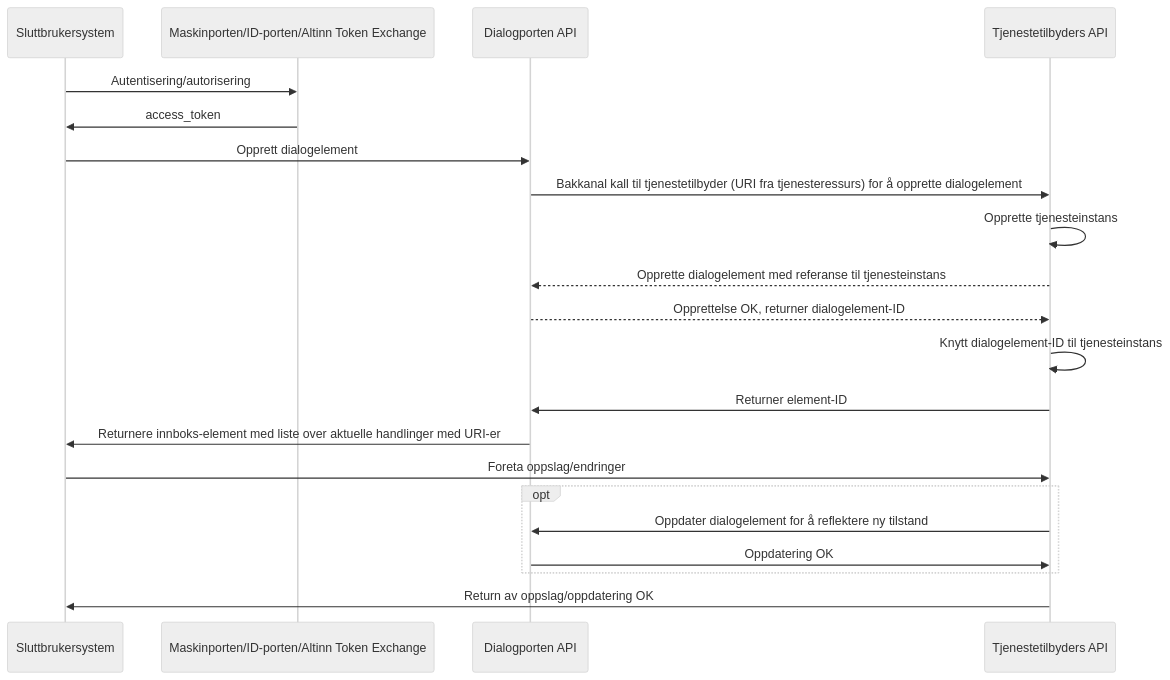
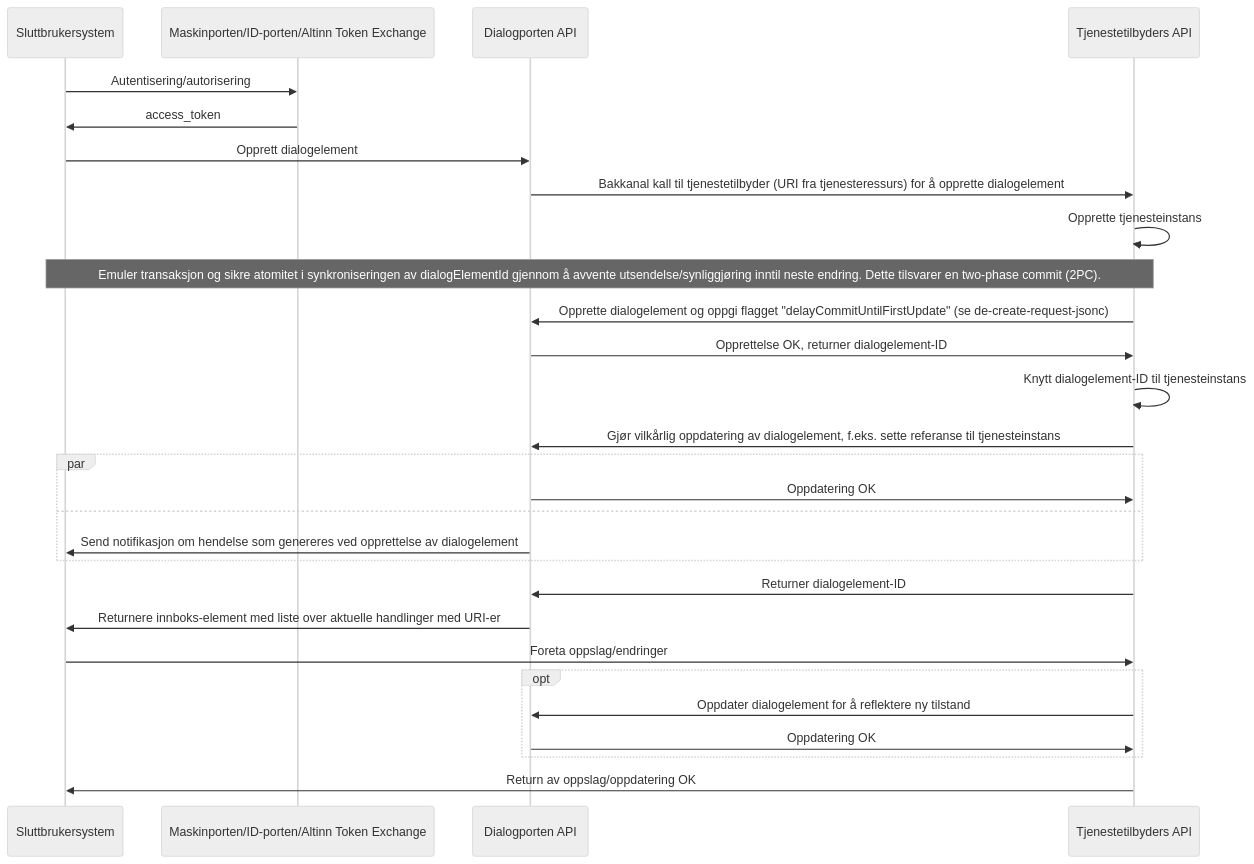
One commit to elsand/elsand.github.io changed the fifth of 6 diagrams in dialogporten.md. Above: the diagram before and after it, drawn with Mermaid (neutral theme).

Commit message:
Add 2PC to instantiating-API

````diff
--- a/dialogporten.md
+++ b/dialogporten.md
@@ -450,23 +450,30 @@
 ```mermaid!
 sequenceDiagram
     participant SBS as Sluttbrukersystem
     participant EID as Maskinporten/ID-porten/Altinn Token Exchange
     participant API as Dialogporten API
     participant TEAPI as Tjenestetilbyders API
 SBS->>EID: Autentisering/autorisering
 EID->>SBS: access_token
 SBS->>API: Opprett dialogelement
 API->>TEAPI: Bakkanal kall til tjenestetilbyder (URI fra tjenesteressurs) for å opprette dialogelement
 TEAPI->>TEAPI: Opprette tjenesteinstans
-TEAPI-->>API: Opprette dialogelement med referanse til tjenesteinstans
-API-->>TEAPI: Opprettelse OK, returner dialogelement-ID
+note over SBS,TEAPI: Emuler transaksjon og sikre atomitet i synkroniseringen av dialogElementId gjennom å avvente utsendelse/synliggjøring inntil neste endring. Dette tilsvarer en two-phase commit (2PC).
+TEAPI->>API: Opprette dialogelement og oppgi flagget "delayCommitUntilFirstUpdate" (se de-create-request-jsonc)
+API->>TEAPI: Opprettelse OK, returner dialogelement-ID
 TEAPI->>TEAPI: Knytt dialogelement-ID til tjenesteinstans
-TEAPI->>API: Returner element-ID
+TEAPI->>API: Gjør vilkårlig oppdatering av dialogelement, f.eks. sette referanse til tjenesteinstans
+par
+    API->>TEAPI: Oppdatering OK
+and
+    API->>SBS: Send notifikasjon om hendelse som genereres ved opprettelse av dialogelement    
+end
+TEAPI->>API: Returner dialogelement-ID
 API->>SBS: Returnere innboks-element med liste over aktuelle handlinger med URI-er
 SBS->>TEAPI: Foreta oppslag/endringer
 opt
     TEAPI->>API: Oppdater dialogelement for å reflektere ny tilstand
     API->>TEAPI: Oppdatering OK
 end
 TEAPI->>SBS: Return av oppslag/oppdatering OK
 ```
````
